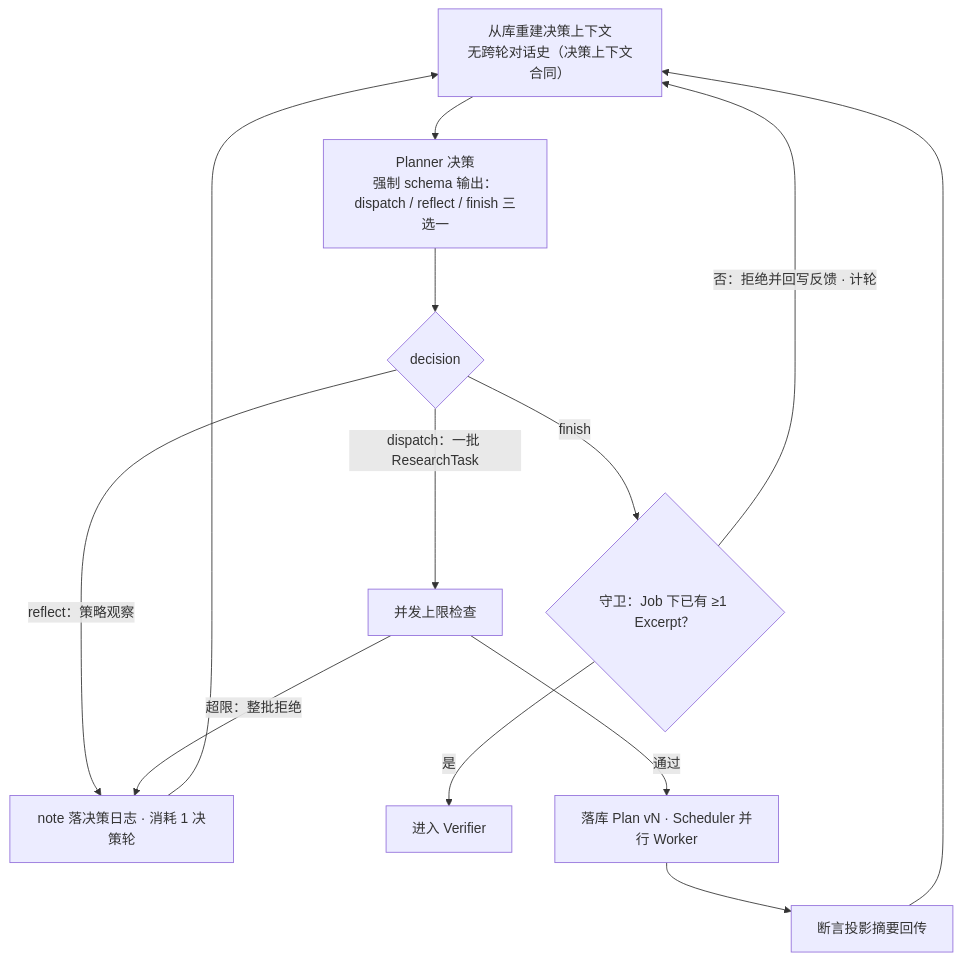
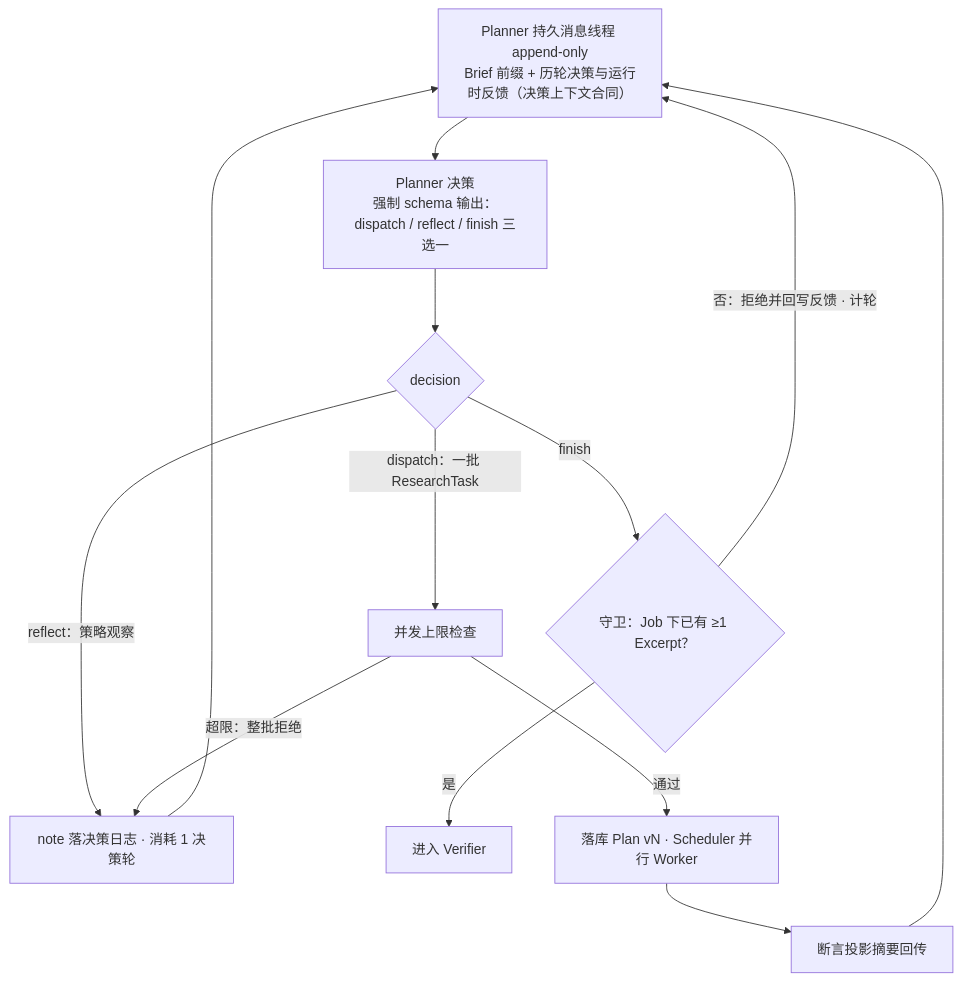
The third of 6 diagrams in docs/design.md (ecaps7/Prospector), drawn with Mermaid before and after one commit. The commit also changed other lines of this file and 45 other files, not shown here.

````diff
--- a/docs/design.md
+++ b/docs/design.md
@@ -559,15 +562,15 @@
 ```mermaid
 flowchart TD
-  A[从库重建决策上下文<br/>无跨轮对话史（决策上下文合同）] --> B[Planner 决策<br/>强制 schema 输出：dispatch / reflect / finish 三选一]
+  A[Planner 持久消息线程 append-only<br/>Brief 前缀 + 历轮决策与运行时反馈（决策上下文合同）] --> B[Planner 决策<br/>强制 schema 输出：dispatch / reflect / finish 三选一]
   B --> C{decision}
   C -->|dispatch：一批 ResearchTask| D[并发上限检查]
   C -->|reflect：策略观察| E[note 落决策日志 · 消耗 1 决策轮]
   C -->|finish| FG{守卫：Job 下已有 ≥1 Excerpt？}
   FG -->|否：拒绝并回写反馈 · 计轮| A
   FG -->|是| F[进入 Verifier]
   D -->|超限：整批拒绝| E
   D -->|通过| G[落库 Plan vN · Scheduler 并行 Worker]
   G --> H[断言投影摘要回传]
   H --> A
   E --> A
 ```
````
